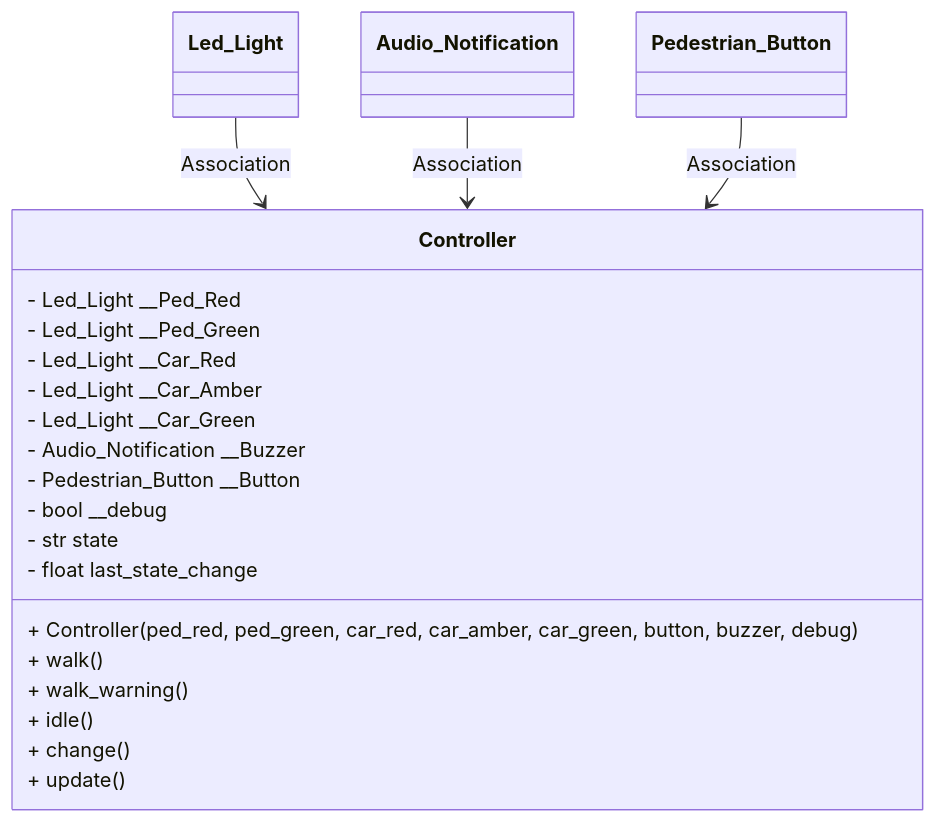
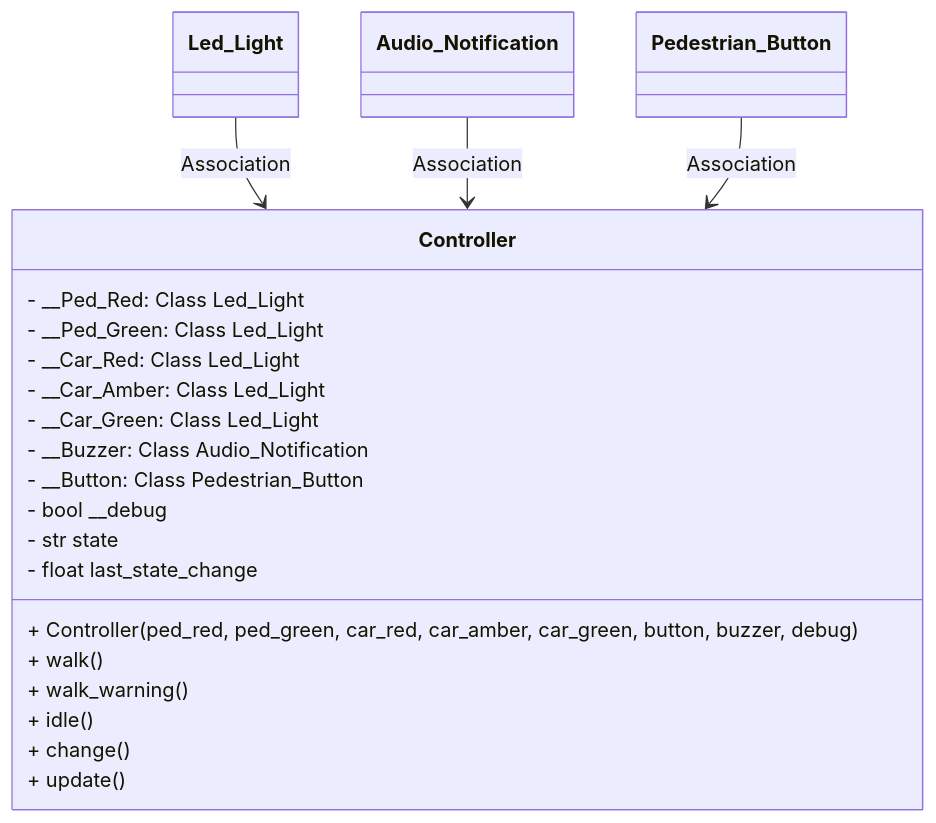
The diagram in tutorials/Lecture7.md (TempeHS/MicroPython_OOP_Pi_Pico_Mini_Project_Source), drawn with Mermaid before and after one commit. The commit also changed 5 other files, not shown here.

````diff
--- a/tutorials/Lecture7.md
+++ b/tutorials/Lecture7.md
@@ -64,29 +64,29 @@
 ```mermaid
 classDiagram
     class Led_Light
     class Pedestrian_Button
     class Audio_Notification
 
     class Controller {
-        - Led_Light __Ped_Red
-        - Led_Light __Ped_Green
-        - Led_Light __Car_Red
-        - Led_Light __Car_Amber
-        - Led_Light __Car_Green
-        - Audio_Notification __Buzzer
-        - Pedestrian_Button __Button
+        - __Ped_Red: Class Led_Light
+        - __Ped_Green: Class Led_Light
+        - __Car_Red: Class Led_Light
+        - __Car_Amber: Class Led_Light
+        - __Car_Green: Class Led_Light
+        - __Buzzer: Class Audio_Notification
+        - __Button: Class Pedestrian_Button
         - bool __debug
         - str state
         - float last_state_change
         + Controller(ped_red, ped_green, car_red, car_amber, car_green, button, buzzer, debug)
         + walk()
         + walk_warning()
         + idle()
         + change()
         + update()
     }
 
     Led_Light --> Controller : Association
     Audio_Notification --> Controller : Association
     Pedestrian_Button --> Controller : Association
 ```
````
